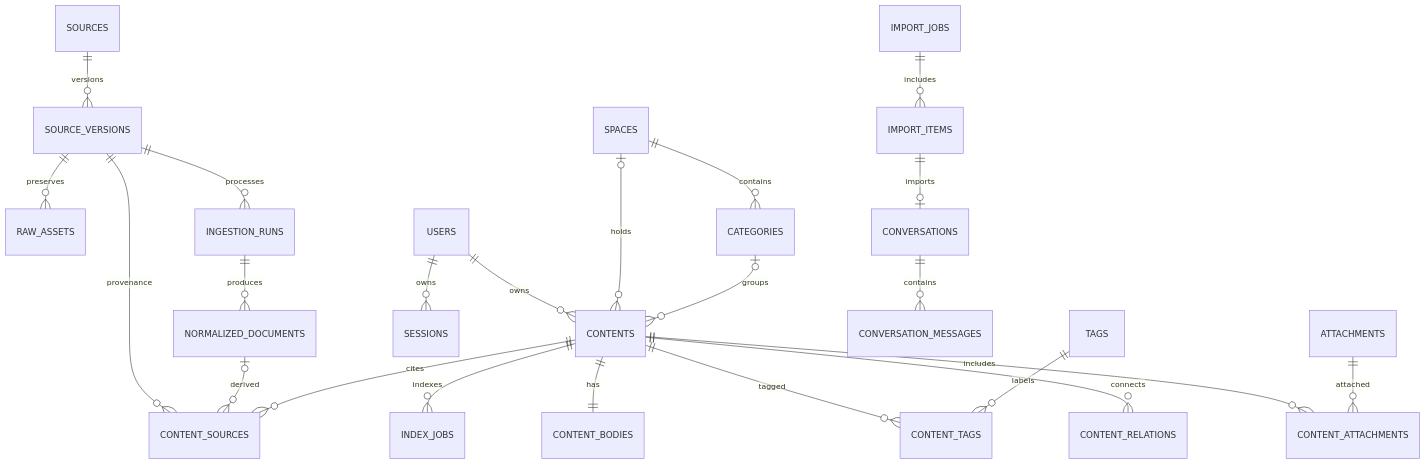
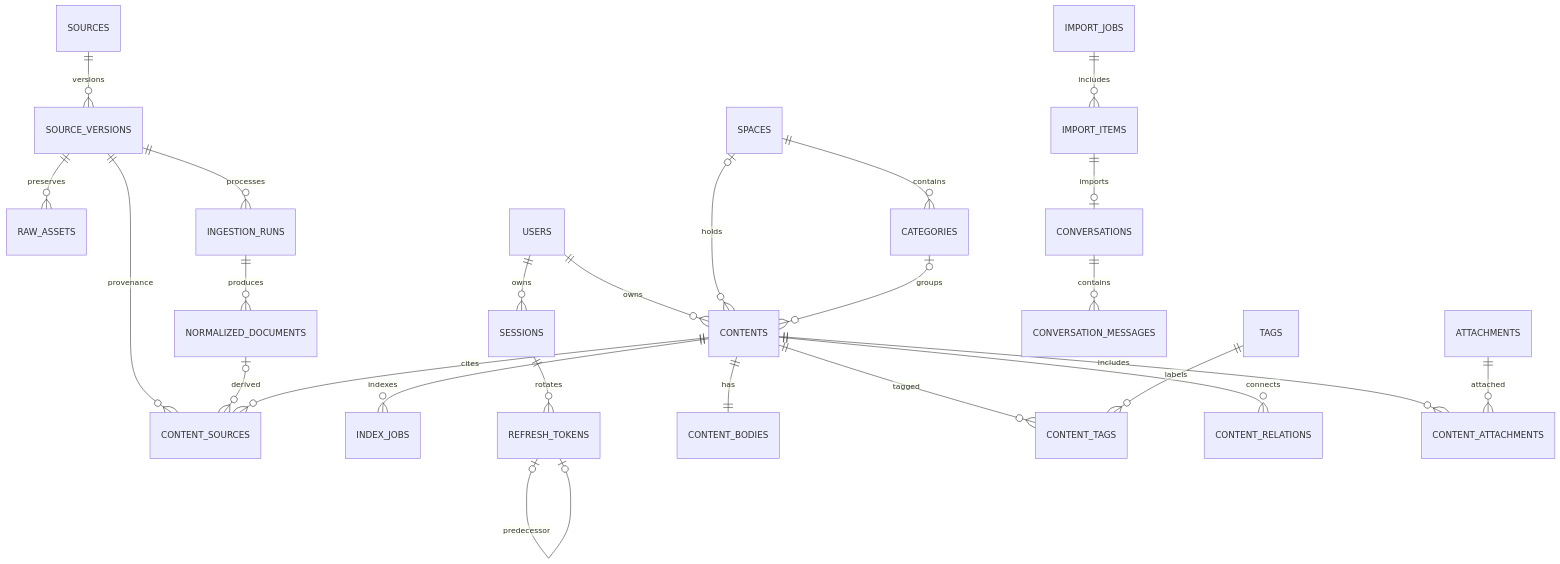
Before and after one commit to marineyulxl/Luma: the first of 7 diagrams in docs/architecture/DATABASE-DESIGN.md, drawn with Mermaid. The commit also changed other lines of this file and 36 other files, not shown here.

````diff
--- a/docs/architecture/DATABASE-DESIGN.md
+++ b/docs/architecture/DATABASE-DESIGN.md
@@ -21,25 +21,27 @@
 ```mermaid
 erDiagram
     SOURCES ||--o{ SOURCE_VERSIONS : versions
     SOURCE_VERSIONS ||--o{ RAW_ASSETS : preserves
     SOURCE_VERSIONS ||--o{ INGESTION_RUNS : processes
     INGESTION_RUNS ||--o{ NORMALIZED_DOCUMENTS : produces
     SOURCE_VERSIONS ||--o{ CONTENT_SOURCES : provenance
     NORMALIZED_DOCUMENTS o|--o{ CONTENT_SOURCES : derived
     CONTENTS ||--o{ INDEX_JOBS : indexes
     USERS ||--o{ SESSIONS : owns
+    SESSIONS ||--o{ REFRESH_TOKENS : rotates
+    REFRESH_TOKENS o|--o| REFRESH_TOKENS : predecessor
     USERS ||--o{ CONTENTS : owns
     SPACES ||--o{ CATEGORIES : contains
     SPACES o|--o{ CONTENTS : holds
     CATEGORIES o|--o{ CONTENTS : groups
     CONTENTS ||--|| CONTENT_BODIES : has
     CONTENTS ||--o{ CONTENT_TAGS : tagged
     TAGS ||--o{ CONTENT_TAGS : labels
     CONTENTS ||--o{ CONTENT_SOURCES : cites
     CONTENTS ||--o{ CONTENT_RELATIONS : connects
     IMPORT_JOBS ||--o{ IMPORT_ITEMS : includes
     IMPORT_ITEMS ||--o| CONVERSATIONS : imports
     CONVERSATIONS ||--o{ CONVERSATION_MESSAGES : contains
     CONTENTS ||--o{ CONTENT_ATTACHMENTS : includes
     ATTACHMENTS ||--o{ CONTENT_ATTACHMENTS : attached
 ```
````
